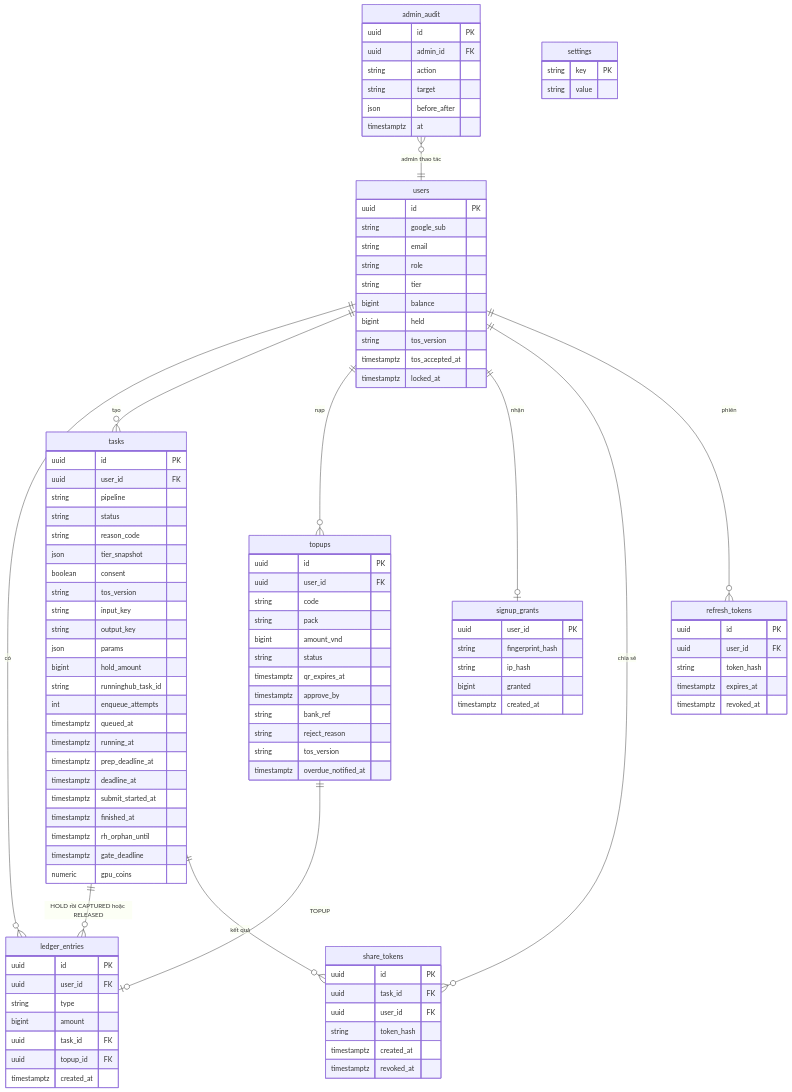
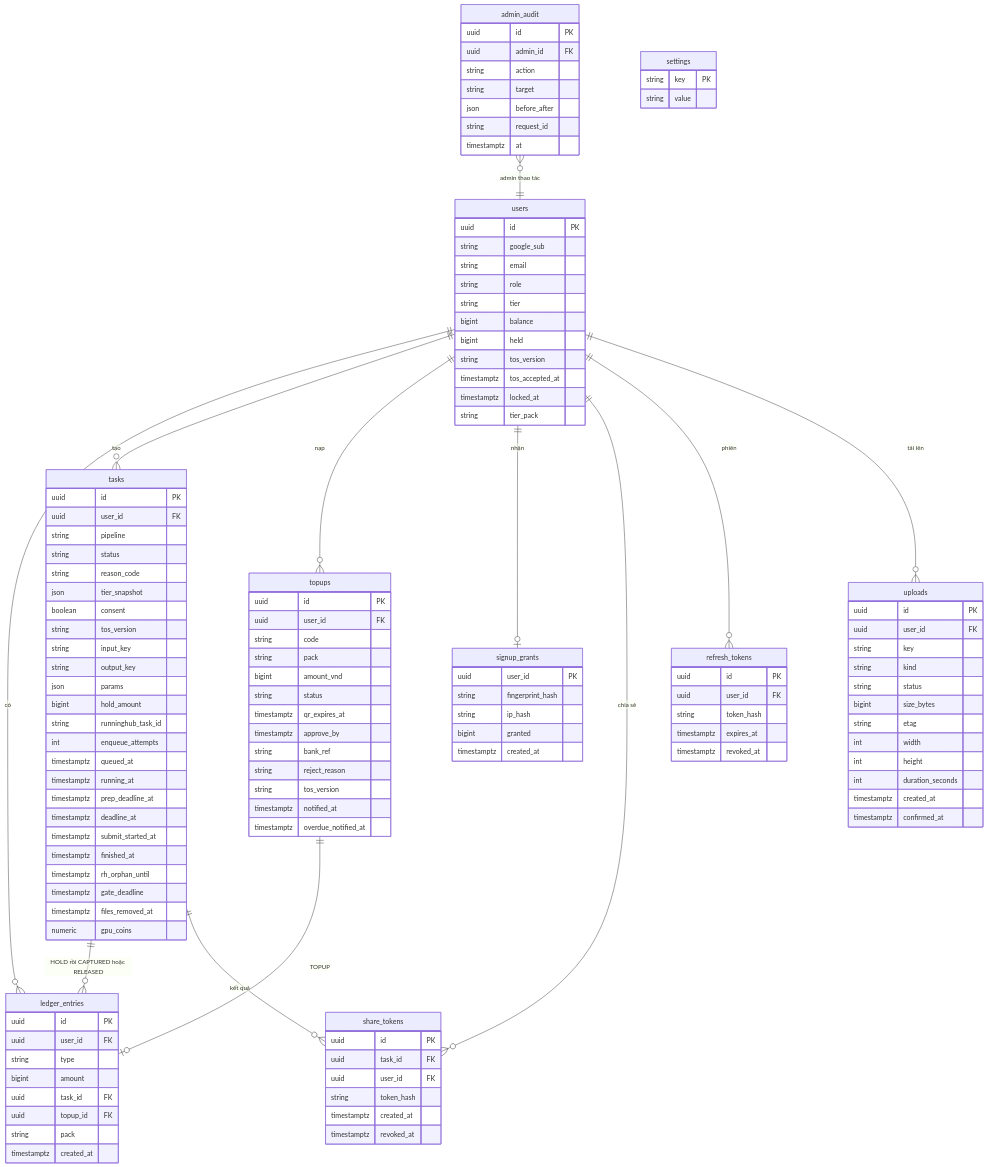
Before and after one commit to venom-vu/motion-ai: the third of 3 diagrams in _bmad-output/planning-artifacts/architecture/architecture-motion-ai-2026-11-01/ARCHITECTURE-SPINE.md, drawn with Mermaid. The commit also changed other lines of this file and 23 other files, not shown here.

Commit message:
feat: initialize core project structure, architecture, and UX design mockups

```diff
--- a/_bmad-output/planning-artifacts/architecture/architecture-motion-ai-2026-11-01/ARCHITECTURE-SPINE.md
+++ b/_bmad-output/planning-artifacts/architecture/architecture-motion-ai-2026-11-01/ARCHITECTURE-SPINE.md
@@ -225,6 +230,7 @@
   users ||--o| signup_grants : "nhận"
   users ||--o{ share_tokens : "chia sẻ"
   users ||--o{ refresh_tokens : "phiên"
+  users ||--o{ uploads : "tải lên"
   admin_audit }o--|| users : "admin thao tác"
   tasks ||--o{ ledger_entries : "HOLD rồi CAPTURED hoặc RELEASED"
   tasks ||--o{ share_tokens : "kết quả"
@@ -240,6 +246,7 @@
     string tos_version
     timestamptz tos_accepted_at
     timestamptz locked_at
+    string tier_pack
   }
   tasks {
     uuid id PK
@@ -264,6 +271,7 @@
     timestamptz finished_at
     timestamptz rh_orphan_until
     timestamptz gate_deadline
+    timestamptz files_removed_at
     numeric gpu_coins
   }
   ledger_entries {
@@ -273,6 +281,7 @@
     bigint amount
     uuid task_id FK
     uuid topup_id FK
+    string pack
     timestamptz created_at
   }
   topups {
@@ -287,6 +296,7 @@
     string bank_ref
     string reject_reason
     string tos_version
+    timestamptz notified_at
     timestamptz overdue_notified_at
   }
   signup_grants {
@@ -317,7 +327,22 @@
     string action
     string target
     json before_after
+    string request_id
     timestamptz at
+  }
+  uploads {
+    uuid id PK
+    uuid user_id FK
+    string key
+    string kind
+    string status
+    bigint size_bytes
+    string etag
+    int width
+    int height
+    int duration_seconds
+    timestamptz created_at
+    timestamptz confirmed_at
   }
   settings {
     string key PK
```
